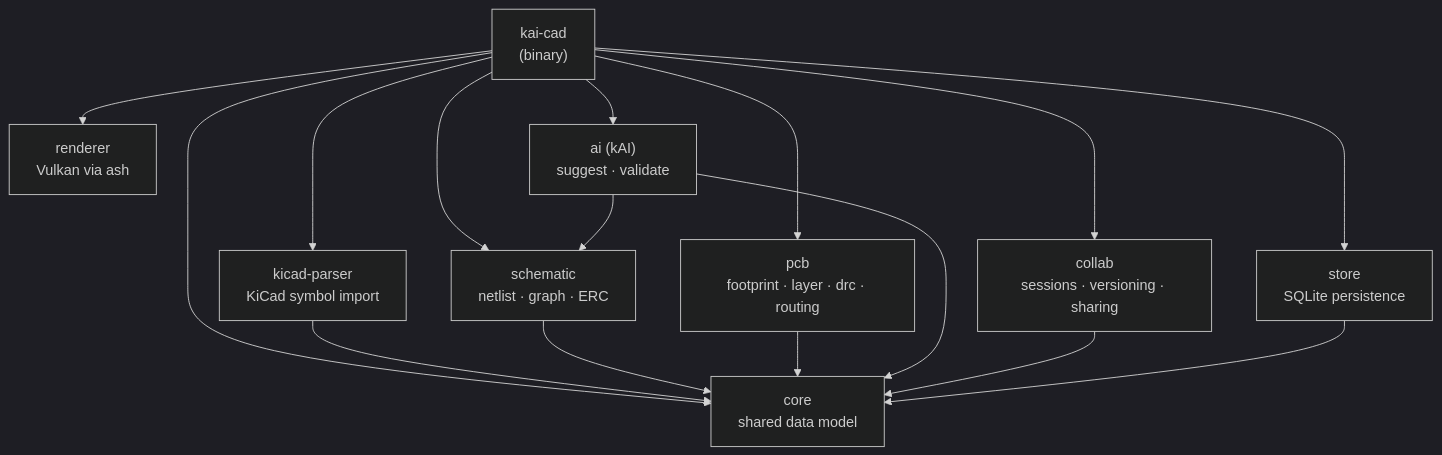
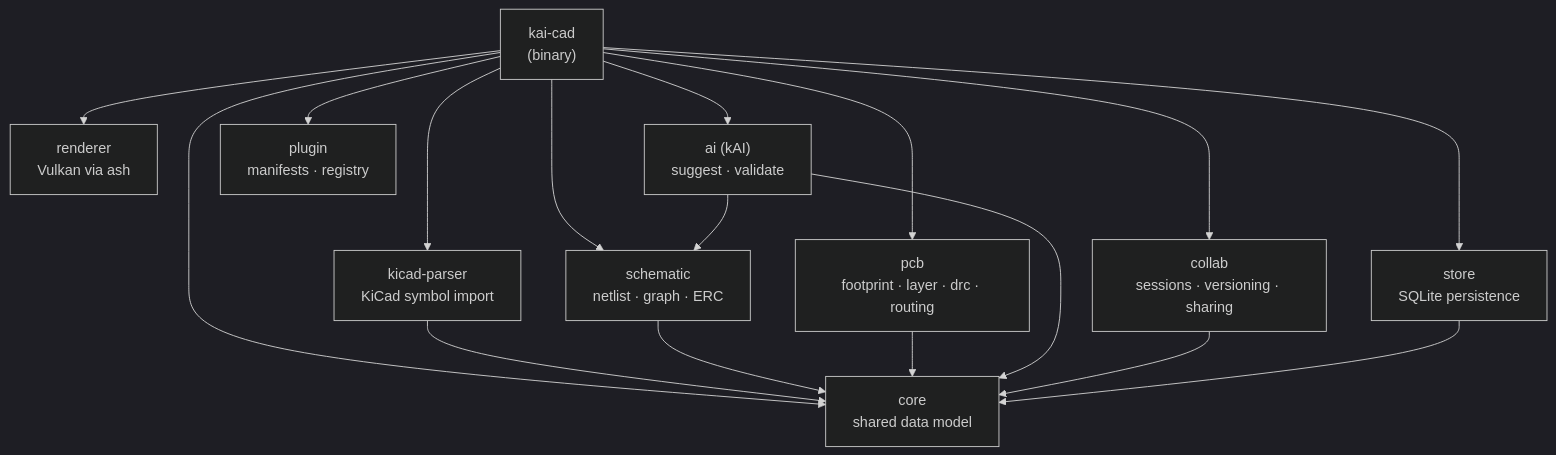
Before and after one commit to sneakylizard123-4/KaiCad: the first of 3 diagrams in docs/ARCHITECTURE.md, drawn with Mermaid (dark theme). The commit also changed other lines of this file and 15 other files, not shown here.

````diff
--- a/docs/ARCHITECTURE.md
+++ b/docs/ARCHITECTURE.md
@@ -22,29 +23,31 @@
 ```mermaid
 graph TD
     app["kai-cad<br/>(binary)"]
     core["core<br/>shared data model"]
     schematic["schematic<br/>netlist · graph · ERC"]
     pcb["pcb<br/>footprint · layer · drc · routing"]
     renderer["renderer<br/>Vulkan via ash"]
     ai["ai (kAI)<br/>suggest · validate"]
     collab["collab<br/>sessions · versioning · sharing"]
+    plugin["plugin<br/>manifests · registry"]
     store["store<br/>SQLite persistence"]
     kicad_parser["kicad-parser<br/>KiCad symbol import"]
 
     app --> core
     app --> schematic
     app --> pcb
     app --> renderer
     app --> ai
     app --> collab
+    app --> plugin
     app --> store
     app --> kicad_parser
 
     kicad_parser --> core
     schematic --> core
     pcb --> core
     ai --> core
     ai --> schematic
     collab --> core
     store --> core
 ```
````
